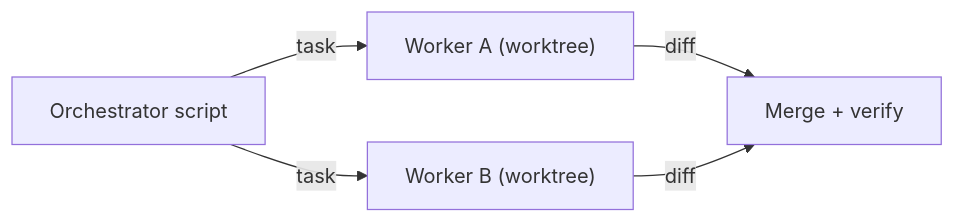
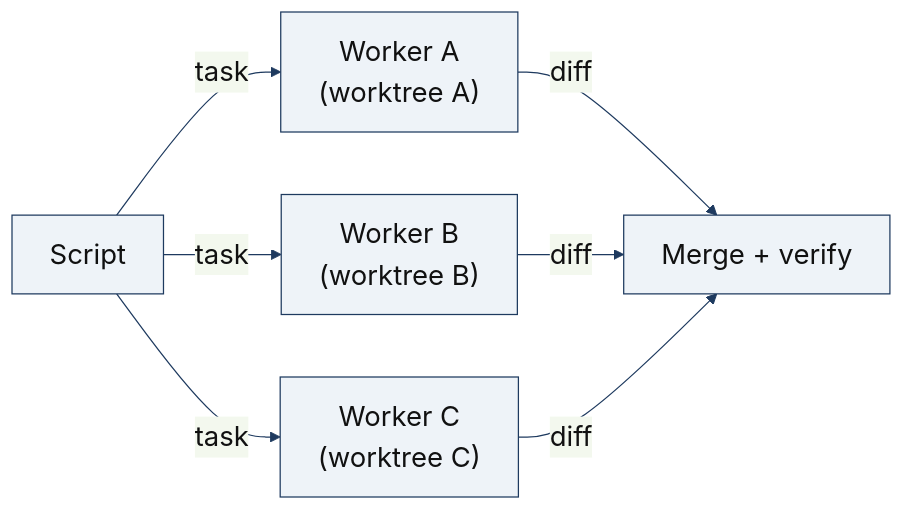
Before and after one commit to xoubish/multiGrits: the diagram in diagrams/parallel-workers.mmd, drawn with Mermaid. The commit also changed 10 other files, not shown here.

Commit message:
pipeline: diagrammer in worktree diagrams

```diff
--- a/diagrams/parallel-workers.mmd
+++ b/diagrams/parallel-workers.mmd
@@ -1,5 +1,8 @@
+%%{init: {"theme": "base", "themeVariables": {"fontSize": "22px", "primaryColor": "#eef3f8", "primaryBorderColor": "#1e3a5f", "primaryTextColor": "#111", "lineColor": "#1e3a5f"}}}%%
 flowchart LR
-  S["Orchestrator script"] -->|"task"| W1["Worker A (worktree)"]
-  S -->|"task"| W2["Worker B (worktree)"]
+  S["Script"] -->|"task"| W1["Worker A\n(worktree A)"]
+  S -->|"task"| W2["Worker B\n(worktree B)"]
+  S -->|"task"| W3["Worker C\n(worktree C)"]
   W1 -->|"diff"| M["Merge + verify"]
   W2 -->|"diff"| M
+  W3 -->|"diff"| M
```
